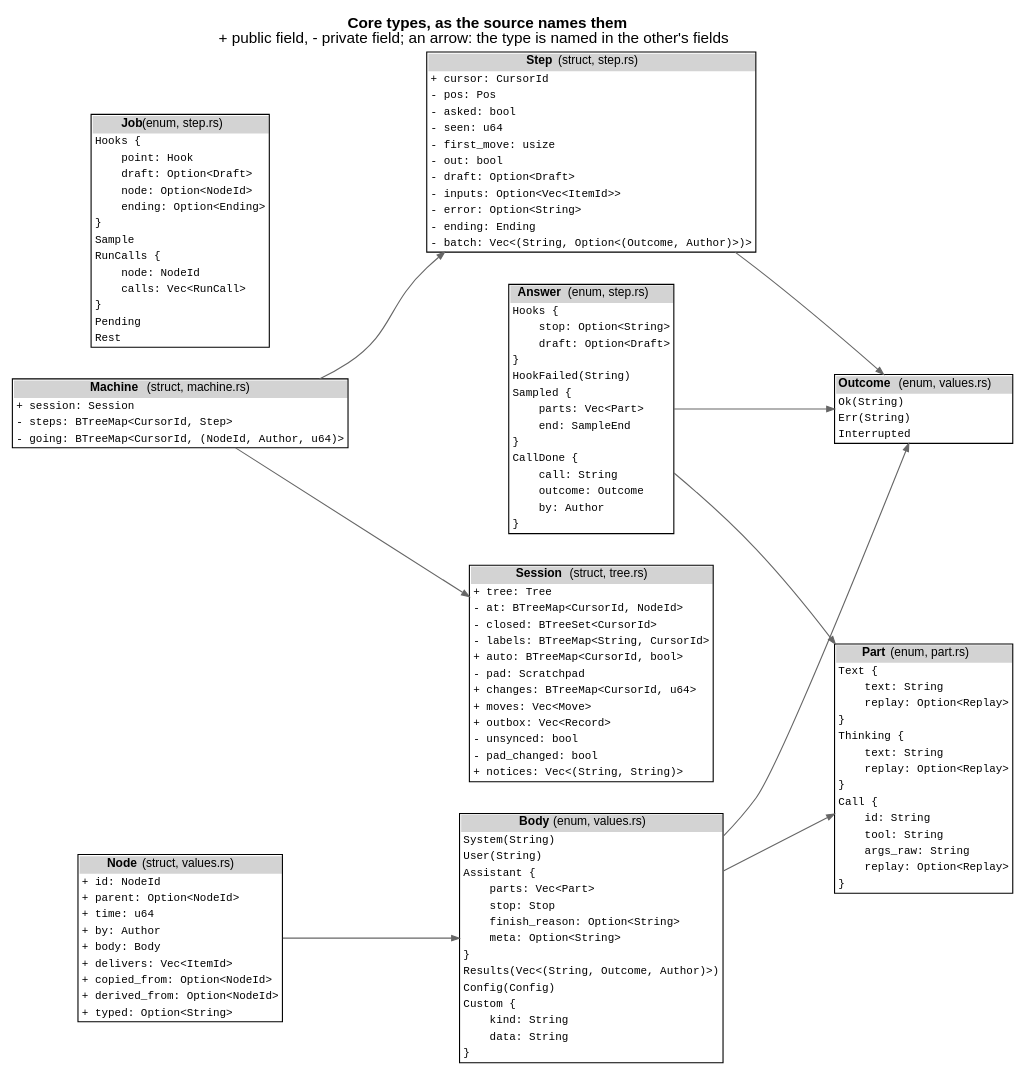
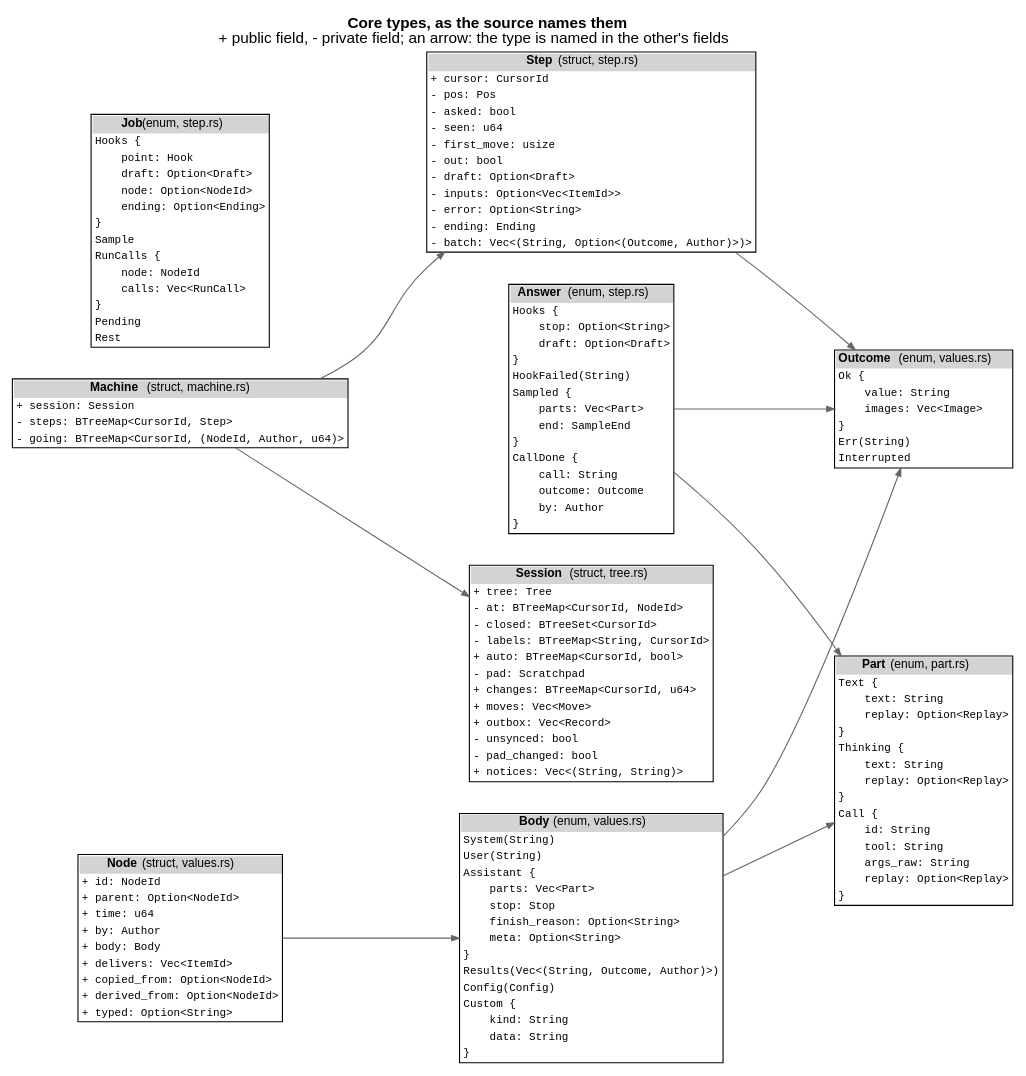
One commit to jmccardle/tau changed the diagram in docs/as-built/diagrams/types.dot. Above: the diagram before and after it, drawn with Graphviz. The commit also changed 5 other files, not shown here.

Commit message:
docs: frontends guide's Welcome says protocol=2; as-built diagrams refreshed (Image, Outcome::Ok images)

```diff
--- a/docs/as-built/diagrams/types.dot
+++ b/docs/as-built/diagrams/types.dot
@@ -10,7 +10,7 @@
   "Step" [label=<<table border="1" cellborder="0" cellspacing="0"><tr><td bgcolor="lightgray"><b>Step</b> (struct, step.rs)</td></tr><tr><td align="left" balign="left"><font face="Courier" point-size="10">+&nbsp;cursor:&nbsp;CursorId</font></td></tr><tr><td align="left" balign="left"><font face="Courier" point-size="10">-&nbsp;pos:&nbsp;Pos</font></td></tr><tr><td align="left" balign="left"><font face="Courier" point-size="10">-&nbsp;asked:&nbsp;bool</font></td></tr><tr><td align="left" balign="left"><font face="Courier" point-size="10">-&nbsp;seen:&nbsp;u64</font></td></tr><tr><td align="left" balign="left"><font face="Courier" point-size="10">-&nbsp;first_move:&nbsp;usize</font></td></tr><tr><td align="left" balign="left"><font face="Courier" point-size="10">-&nbsp;out:&nbsp;bool</font></td></tr><tr><td align="left" balign="left"><font face="Courier" point-size="10">-&nbsp;draft:&nbsp;Option&lt;Draft&gt;</font></td></tr><tr><td align="left" balign="left"><font face="Courier" point-size="10">-&nbsp;inputs:&nbsp;Option&lt;Vec&lt;ItemId&gt;&gt;</font></td></tr><tr><td align="left" balign="left"><font face="Courier" point-size="10">-&nbsp;error:&nbsp;Option&lt;String&gt;</font></td></tr><tr><td align="left" balign="left"><font face="Courier" point-size="10">-&nbsp;ending:&nbsp;Ending</font></td></tr><tr><td align="left" balign="left"><font face="Courier" point-size="10">-&nbsp;batch:&nbsp;Vec&lt;(String,&nbsp;Option&lt;(Outcome,&nbsp;Author)&gt;)&gt;</font></td></tr></table>>];
   "Job" [label=<<table border="1" cellborder="0" cellspacing="0"><tr><td bgcolor="lightgray"><b>Job</b> (enum, step.rs)</td></tr><tr><td align="left" balign="left"><font face="Courier" point-size="10">Hooks&nbsp;{</font></td></tr><tr><td align="left" balign="left"><font face="Courier" point-size="10">&nbsp;&nbsp;&nbsp;&nbsp;point:&nbsp;Hook</font></td></tr><tr><td align="left" balign="left"><font face="Courier" point-size="10">&nbsp;&nbsp;&nbsp;&nbsp;draft:&nbsp;Option&lt;Draft&gt;</font></td></tr><tr><td align="left" balign="left"><font face="Courier" point-size="10">&nbsp;&nbsp;&nbsp;&nbsp;node:&nbsp;Option&lt;NodeId&gt;</font></td></tr><tr><td align="left" balign="left"><font face="Courier" point-size="10">&nbsp;&nbsp;&nbsp;&nbsp;ending:&nbsp;Option&lt;Ending&gt;</font></td></tr><tr><td align="left" balign="left"><font face="Courier" point-size="10">}</font></td></tr><tr><td align="left" balign="left"><font face="Courier" point-size="10">Sample</font></td></tr><tr><td align="left" balign="left"><font face="Courier" point-size="10">RunCalls&nbsp;{</font></td></tr><tr><td align="left" balign="left"><font face="Courier" point-size="10">&nbsp;&nbsp;&nbsp;&nbsp;node:&nbsp;NodeId</font></td></tr><tr><td align="left" balign="left"><font face="Courier" point-size="10">&nbsp;&nbsp;&nbsp;&nbsp;calls:&nbsp;Vec&lt;RunCall&gt;</font></td></tr><tr><td align="left" balign="left"><font face="Courier" point-size="10">}</font></td></tr><tr><td align="left" balign="left"><font face="Courier" point-size="10">Pending</font></td></tr><tr><td align="left" balign="left"><font face="Courier" point-size="10">Rest</font></td></tr></table>>];
   "Answer" [label=<<table border="1" cellborder="0" cellspacing="0"><tr><td bgcolor="lightgray"><b>Answer</b> (enum, step.rs)</td></tr><tr><td align="left" balign="left"><font face="Courier" point-size="10">Hooks&nbsp;{</font></td></tr><tr><td align="left" balign="left"><font face="Courier" point-size="10">&nbsp;&nbsp;&nbsp;&nbsp;stop:&nbsp;Option&lt;String&gt;</font></td></tr><tr><td align="left" balign="left"><font face="Courier" point-size="10">&nbsp;&nbsp;&nbsp;&nbsp;draft:&nbsp;Option&lt;Draft&gt;</font></td></tr><tr><td align="left" balign="left"><font face="Courier" point-size="10">}</font></td></tr><tr><td align="left" balign="left"><font face="Courier" point-size="10">HookFailed(String)</font></td></tr><tr><td align="left" balign="left"><font face="Courier" point-size="10">Sampled&nbsp;{</font></td></tr><tr><td align="left" balign="left"><font face="Courier" point-size="10">&nbsp;&nbsp;&nbsp;&nbsp;parts:&nbsp;Vec&lt;Part&gt;</font></td></tr><tr><td align="left" balign="left"><font face="Courier" point-size="10">&nbsp;&nbsp;&nbsp;&nbsp;end:&nbsp;SampleEnd</font></td></tr><tr><td align="left" balign="left"><font face="Courier" point-size="10">}</font></td></tr><tr><td align="left" balign="left"><font face="Courier" point-size="10">CallDone&nbsp;{</font></td></tr><tr><td align="left" balign="left"><font face="Courier" point-size="10">&nbsp;&nbsp;&nbsp;&nbsp;call:&nbsp;String</font></td></tr><tr><td align="left" balign="left"><font face="Courier" point-size="10">&nbsp;&nbsp;&nbsp;&nbsp;outcome:&nbsp;Outcome</font></td></tr><tr><td align="left" balign="left"><font face="Courier" point-size="10">&nbsp;&nbsp;&nbsp;&nbsp;by:&nbsp;Author</font></td></tr><tr><td align="left" balign="left"><font face="Courier" point-size="10">}</font></td></tr></table>>];
-  "Outcome" [label=<<table border="1" cellborder="0" cellspacing="0"><tr><td bgcolor="lightgray"><b>Outcome</b> (enum, values.rs)</td></tr><tr><td align="left" balign="left"><font face="Courier" point-size="10">Ok(String)</font></td></tr><tr><td align="left" balign="left"><font face="Courier" point-size="10">Err(String)</font></td></tr><tr><td align="left" balign="left"><font face="Courier" point-size="10">Interrupted</font></td></tr></table>>];
+  "Outcome" [label=<<table border="1" cellborder="0" cellspacing="0"><tr><td bgcolor="lightgray"><b>Outcome</b> (enum, values.rs)</td></tr><tr><td align="left" balign="left"><font face="Courier" point-size="10">Ok&nbsp;{</font></td></tr><tr><td align="left" balign="left"><font face="Courier" point-size="10">&nbsp;&nbsp;&nbsp;&nbsp;value:&nbsp;String</font></td></tr><tr><td align="left" balign="left"><font face="Courier" point-size="10">&nbsp;&nbsp;&nbsp;&nbsp;images:&nbsp;Vec&lt;Image&gt;</font></td></tr><tr><td align="left" balign="left"><font face="Courier" point-size="10">}</font></td></tr><tr><td align="left" balign="left"><font face="Courier" point-size="10">Err(String)</font></td></tr><tr><td align="left" balign="left"><font face="Courier" point-size="10">Interrupted</font></td></tr></table>>];
   "Part" [label=<<table border="1" cellborder="0" cellspacing="0"><tr><td bgcolor="lightgray"><b>Part</b> (enum, part.rs)</td></tr><tr><td align="left" balign="left"><font face="Courier" point-size="10">Text&nbsp;{</font></td></tr><tr><td align="left" balign="left"><font face="Courier" point-size="10">&nbsp;&nbsp;&nbsp;&nbsp;text:&nbsp;String</font></td></tr><tr><td align="left" balign="left"><font face="Courier" point-size="10">&nbsp;&nbsp;&nbsp;&nbsp;replay:&nbsp;Option&lt;Replay&gt;</font></td></tr><tr><td align="left" balign="left"><font face="Courier" point-size="10">}</font></td></tr><tr><td align="left" balign="left"><font face="Courier" point-size="10">Thinking&nbsp;{</font></td></tr><tr><td align="left" balign="left"><font face="Courier" point-size="10">&nbsp;&nbsp;&nbsp;&nbsp;text:&nbsp;String</font></td></tr><tr><td align="left" balign="left"><font face="Courier" point-size="10">&nbsp;&nbsp;&nbsp;&nbsp;replay:&nbsp;Option&lt;Replay&gt;</font></td></tr><tr><td align="left" balign="left"><font face="Courier" point-size="10">}</font></td></tr><tr><td align="left" balign="left"><font face="Courier" point-size="10">Call&nbsp;{</font></td></tr><tr><td align="left" balign="left"><font face="Courier" point-size="10">&nbsp;&nbsp;&nbsp;&nbsp;id:&nbsp;String</font></td></tr><tr><td align="left" balign="left"><font face="Courier" point-size="10">&nbsp;&nbsp;&nbsp;&nbsp;tool:&nbsp;String</font></td></tr><tr><td align="left" balign="left"><font face="Courier" point-size="10">&nbsp;&nbsp;&nbsp;&nbsp;args_raw:&nbsp;String</font></td></tr><tr><td align="left" balign="left"><font face="Courier" point-size="10">&nbsp;&nbsp;&nbsp;&nbsp;replay:&nbsp;Option&lt;Replay&gt;</font></td></tr><tr><td align="left" balign="left"><font face="Courier" point-size="10">}</font></td></tr></table>>];
   "Body" -> "Part";
   "Body" -> "Outcome";
```
